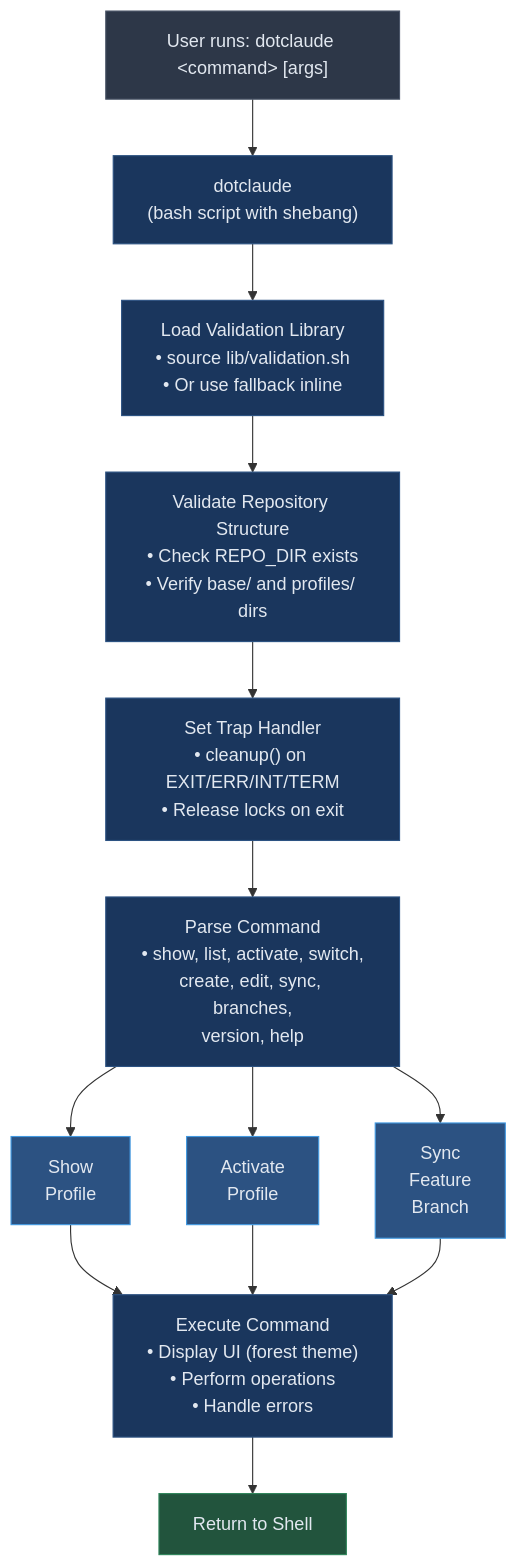
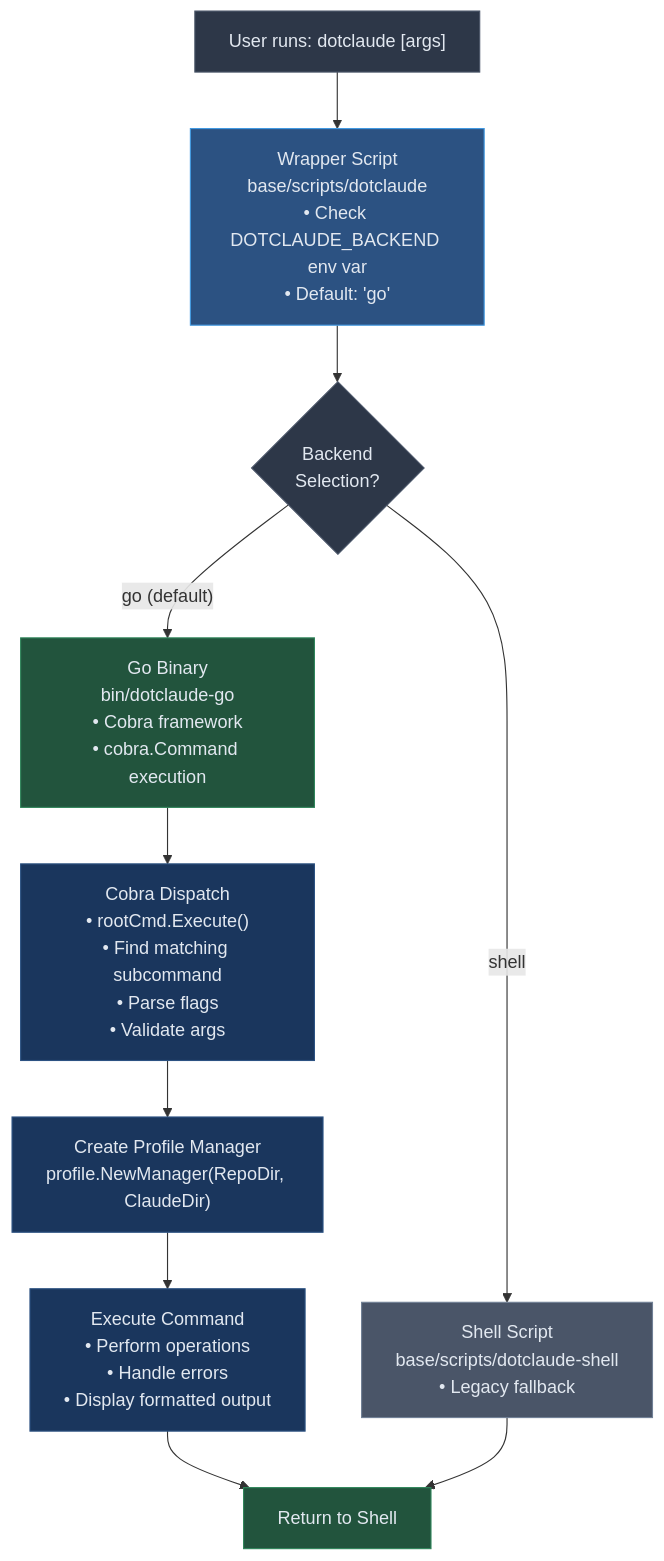
Before and after one commit to blackwell-systems/dotclaude: the third of 5 diagrams in docs/ARCHITECTURE.md, drawn with Mermaid. The commit also changed other lines of this file, not shown here.

First line of the commit message:
docs: Rewrite ARCHITECTURE.md for Go migration

````diff
--- a/docs/ARCHITECTURE.md
+++ b/docs/ARCHITECTURE.md
@@ -77,38 +144,35 @@
 ```mermaid
 flowchart TD
-    start["User runs: dotclaude &lt;command&gt; [args]"]
+    start["User runs: dotclaude <command> [args]"]
 
-    entry["dotclaude<br/>(bash script with shebang)"]
-    load["Load Validation Library<br/>• source lib/validation.sh<br/>• Or use fallback inline"]
-    validate["Validate Repository Structure<br/>• Check REPO_DIR exists<br/>• Verify base/ and profiles/ dirs"]
-    trap["Set Trap Handler<br/>• cleanup() on EXIT/ERR/INT/TERM<br/>• Release locks on exit"]
-    parse["Parse Command<br/>• show, list, activate, switch,<br/>create, edit, sync, branches,<br/>version, help"]
+    wrapper["Wrapper Script<br/>base/scripts/dotclaude<br/>• Check DOTCLAUDE_BACKEND env var<br/>• Default: 'go'"]
 
-    show["Show<br/>Profile"]
-    activate["Activate<br/>Profile"]
-    sync["Sync<br/>Feature<br/>Branch"]
+    backend_check{"Backend<br/>Selection?"}
 
-    execute["Execute Command<br/>• Display UI (forest theme)<br/>• Perform operations<br/>• Handle errors"]
+    go_path["Go Binary<br/>bin/dotclaude-go<br/>• Cobra framework<br/>• cobra.Command execution"]
+    shell_path["Shell Script<br/>base/scripts/dotclaude-shell<br/>• Legacy fallback"]
+
+    cobra["Cobra Dispatch<br/>• rootCmd.Execute()<br/>• Find matching subcommand<br/>• Parse flags<br/>• Validate args"]
+
+    manager["Create Profile Manager<br/>profile.NewManager(RepoDir, ClaudeDir)"]
+
+    execute["Execute Command<br/>• Perform operations<br/>• Handle errors<br/>• Display formatted output"]
+
     done["Return to Shell"]
 
-    start --> entry --> load --> validate --> trap --> parse
-    parse --> show
-    parse --> activate
-    parse --> sync
-    show --> execute
-    activate --> execute
-    sync --> execute
-    execute --> done
+    start --> wrapper --> backend_check
+    backend_check -->|"go (default)"| go_path
+    backend_check -->|"shell"| shell_path
+    go_path --> cobra --> manager --> execute --> done
+    shell_path --> done
 
     style start fill:#2d3748,stroke:#4a5568,color:#e2e8f0
-    style entry fill:#1a365d,stroke:#2c5282,color:#e2e8f0
-    style load fill:#1a365d,stroke:#2c5282,color:#e2e8f0
-    style validate fill:#1a365d,stroke:#2c5282,color:#e2e8f0
-    style trap fill:#1a365d,stroke:#2c5282,color:#e2e8f0
-    style parse fill:#1a365d,stroke:#2c5282,color:#e2e8f0
-    style show fill:#2c5282,stroke:#4299e1,color:#e2e8f0
-    style activate fill:#2c5282,stroke:#4299e1,color:#e2e8f0
-    style sync fill:#2c5282,stroke:#4299e1,color:#e2e8f0
+    style wrapper fill:#2c5282,stroke:#4299e1,color:#e2e8f0
+    style backend_check fill:#2d3748,stroke:#4a5568,color:#e2e8f0
+    style go_path fill:#22543d,stroke:#2f855a,color:#e2e8f0
+    style shell_path fill:#4a5568,stroke:#718096,color:#e2e8f0
+    style cobra fill:#1a365d,stroke:#2c5282,color:#e2e8f0
+    style manager fill:#1a365d,stroke:#2c5282,color:#e2e8f0
     style execute fill:#1a365d,stroke:#2c5282,color:#e2e8f0
     style done fill:#22543d,stroke:#2f855a,color:#e2e8f0
 ```
````
